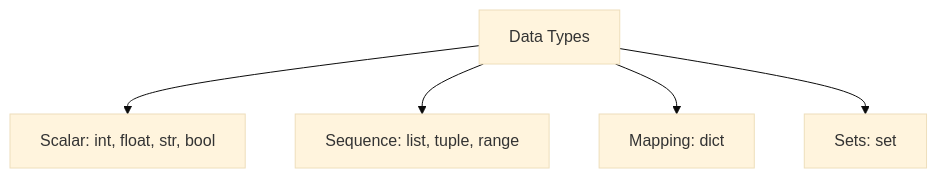
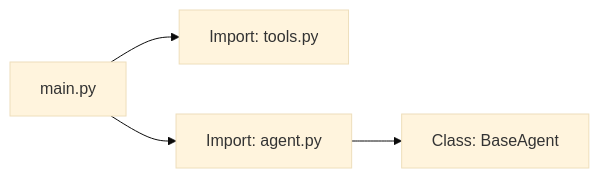
Before and after one commit to kamallearner123/AgenticAI_Everywhere: the diagram in modules/1-foundations/python-essentials.md, drawn with Mermaid (base theme). The commit also changed other lines of this file and 1 other file, not shown here.

````diff
--- a/modules/1-foundations/python-essentials.md
+++ b/modules/1-foundations/python-essentials.md
@@ -19,7 +41,6 @@
 ```mermaid
-graph TD
-    A[Data Types] --> B[Scalar: int, float, str, bool]
-    A --> C[Sequence: list, tuple, range]
-    A --> D[Mapping: dict]
-    A --> E[Sets: set]
+graph LR
+    A[main.py] --> B[Import: tools.py]
+    A --> C[Import: agent.py]
+    C --> D[Class: BaseAgent]
 ```
````
